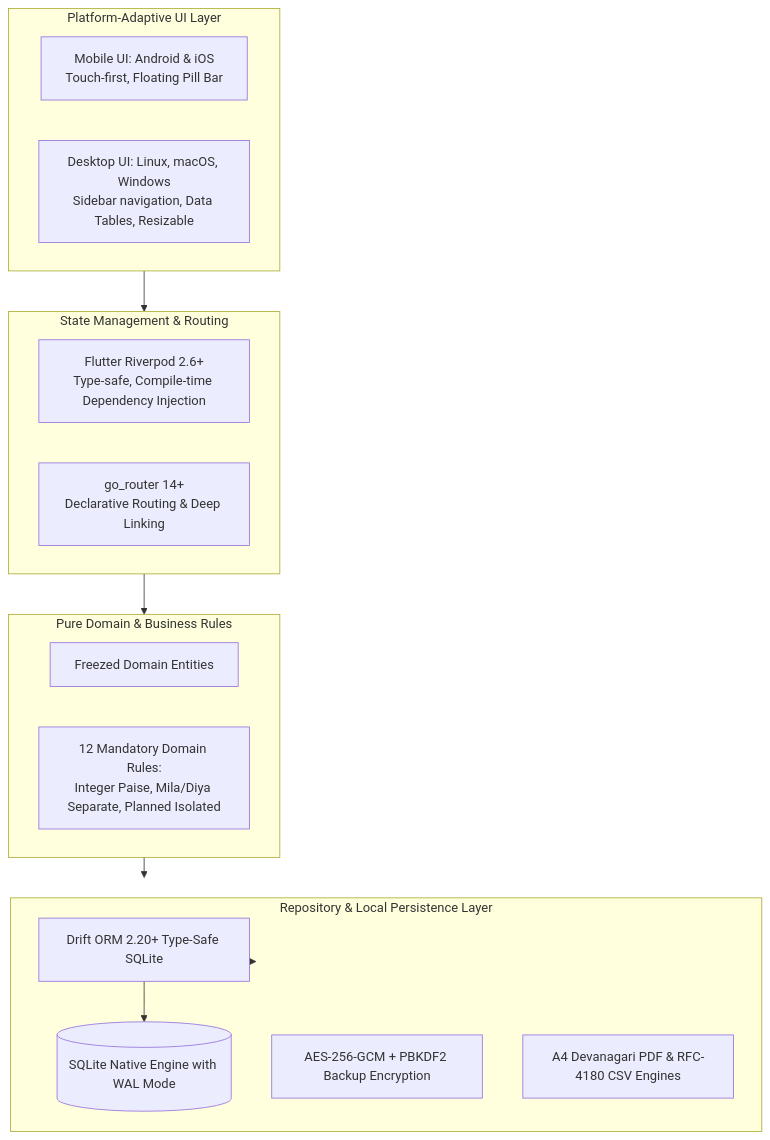
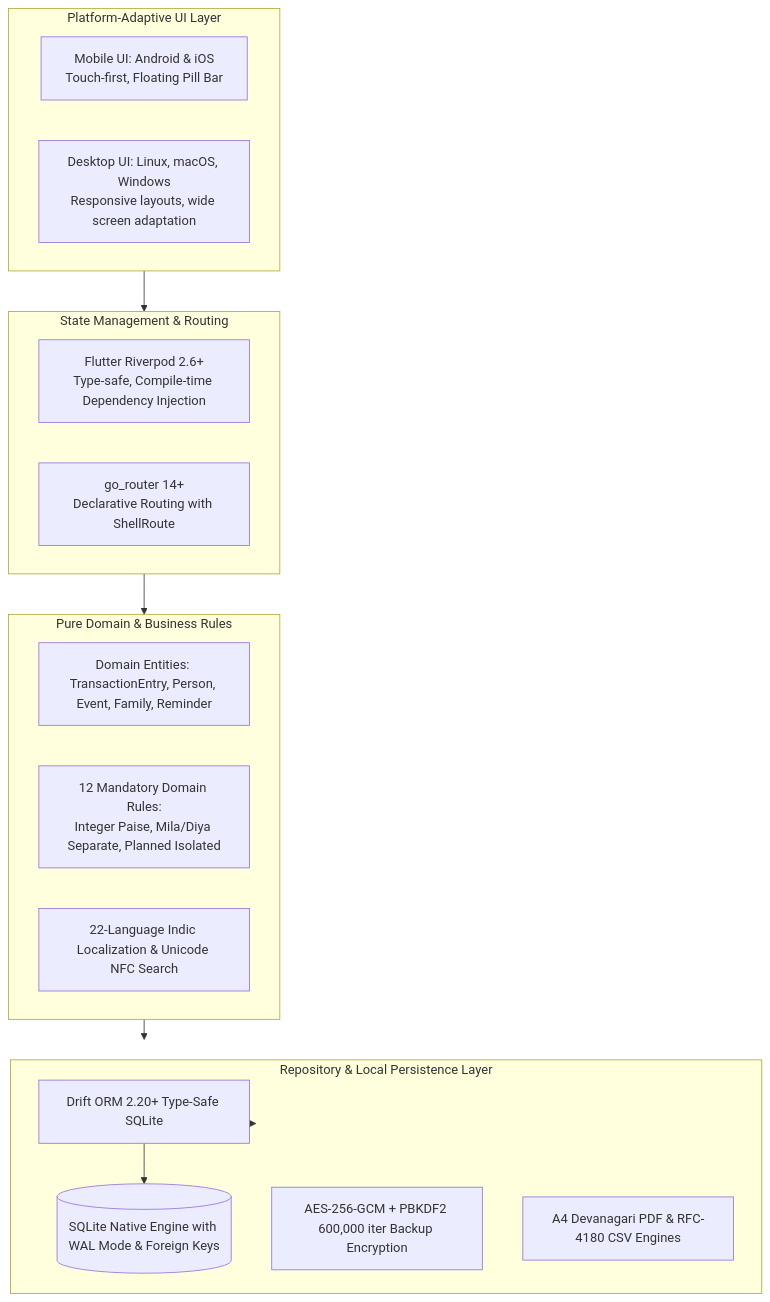
One commit to igjitendra/Vivah changed the diagram in docs/FLUTTER_MIGRATION_ARCHITECTURE.md. Above: the diagram before and after it, drawn with Mermaid. The commit also changed other lines of this file and 32 other files, not shown here.

````diff
--- a/docs/FLUTTER_MIGRATION_ARCHITECTURE.md
+++ b/docs/FLUTTER_MIGRATION_ARCHITECTURE.md
@@ -17,30 +17,31 @@
 ```mermaid
 flowchart TD
     subgraph UI_Layer [Platform-Adaptive UI Layer]
         MobileUI[Mobile UI: Android & iOS\nTouch-first, Floating Pill Bar]
-        DesktopUI[Desktop UI: Linux, macOS, Windows\nSidebar navigation, Data Tables, Resizable]
+        DesktopUI[Desktop UI: Linux, macOS, Windows\nResponsive layouts, wide screen adaptation]
     end
 
     subgraph State_Layer [State Management & Routing]
         Riverpod[Flutter Riverpod 2.6+\nType-safe, Compile-time Dependency Injection]
-        GoRouter[go_router 14+\nDeclarative Routing & Deep Linking]
+        GoRouter[go_router 14+\nDeclarative Routing with ShellRoute]
     end
 
     subgraph Domain_Layer [Pure Domain & Business Rules]
-        Entities[Freezed Domain Entities]
+        Entities[Domain Entities: TransactionEntry, Person, Event, Family, Reminder]
         Rules[12 Mandatory Domain Rules:\nInteger Paise, Mila/Diya Separate, Planned Isolated]
+        Loc[22-Language Indic Localization & Unicode NFC Search]
     end
 
     subgraph Data_Layer [Repository & Local Persistence Layer]
         Drift[Drift ORM 2.20+ Type-Safe SQLite]
-        SQLite[(SQLite Native Engine with WAL Mode)]
-        Crypto[AES-256-GCM + PBKDF2 Backup Encryption]
+        SQLite[(SQLite Native Engine with WAL Mode & Foreign Keys)]
+        Crypto[AES-256-GCM + PBKDF2 600,000 iter Backup Encryption]
         Export[A4 Devanagari PDF & RFC-4180 CSV Engines]
     end
 
     UI_Layer --> State_Layer
     State_Layer --> Domain_Layer
     Domain_Layer --> Data_Layer
     Data_Layer --> Drift
     Drift --> SQLite
 ```
````
